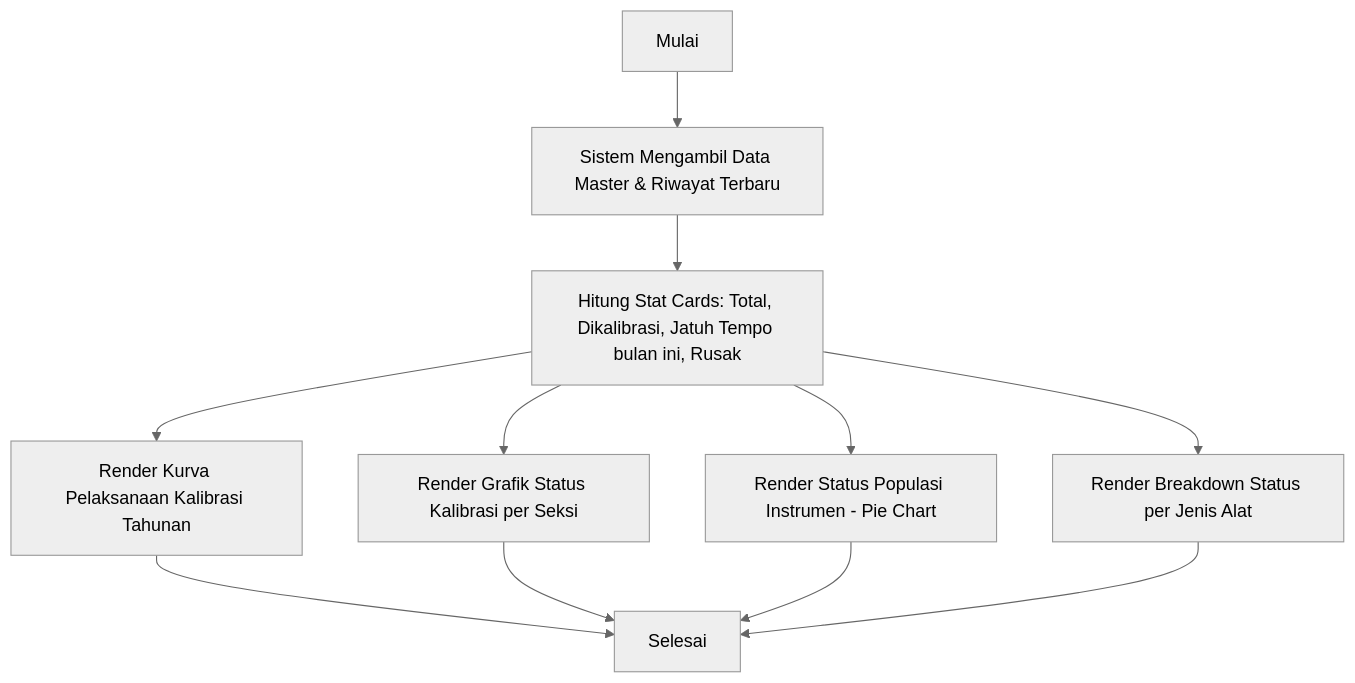
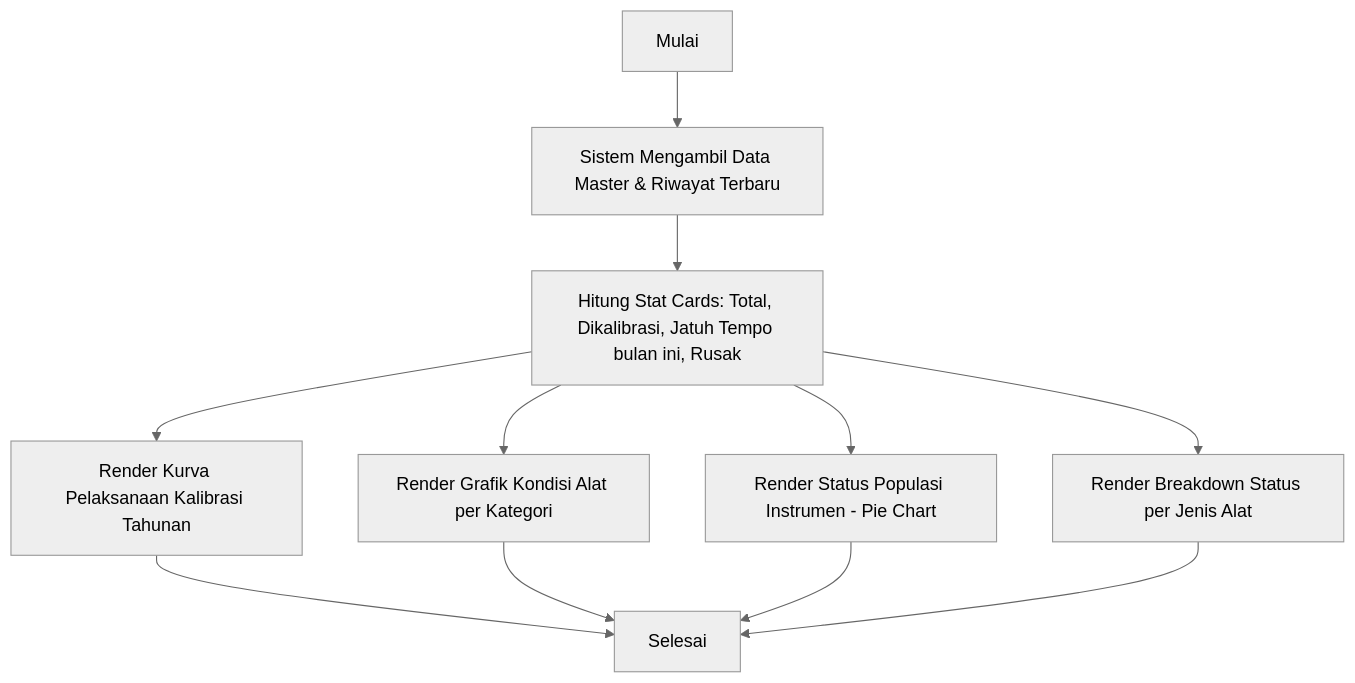
One commit to ebenlimbong/pmn-kalibrasi changed the third of 7 diagrams in bpm_blueprint_teknis.md. Above: the diagram before and after it, drawn with Mermaid (neutral theme). The commit also changed other lines of this file and 4 other files, not shown here.

Commit message:
feat: pemisahan kondisi alat & status kalibrasi, penamaan 'Status Kalibrasi', dan Grafik Kondisi Alat per Kategori

````diff
--- a/bpm_blueprint_teknis.md
+++ b/bpm_blueprint_teknis.md
@@ -104,10 +104,10 @@
 ```mermaid
 flowchart TD
     A[Mulai] --> B[Sistem Mengambil Data Master & Riwayat Terbaru]
     B --> C[Hitung Stat Cards: Total, Dikalibrasi, Jatuh Tempo bulan ini, Rusak]
     C --> D[Render Kurva Pelaksanaan Kalibrasi Tahunan]
-    C --> E[Render Grafik Status Kalibrasi per Seksi]
+    C --> E[Render Grafik Kondisi Alat per Kategori]
     C --> F[Render Status Populasi Instrumen - Pie Chart]
     C --> G[Render Breakdown Status per Jenis Alat]
     D & E & F & G --> H[Selesai]
 ```
````
